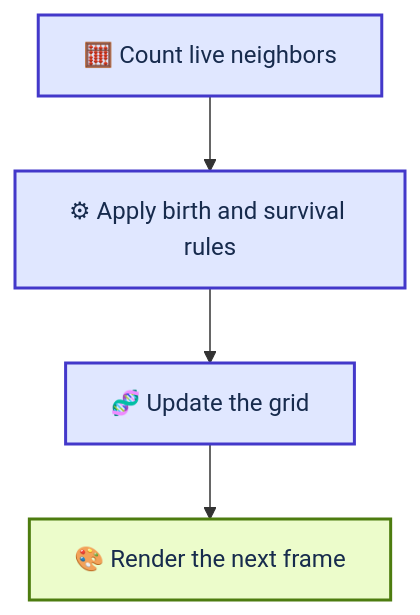
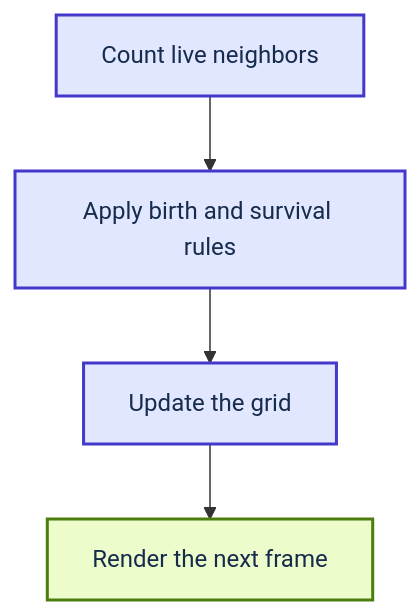
The diagram in site/content/docs/game-of-life.md (Acestus/portfolio), drawn with Mermaid before and after one commit. The commit also changed 46 other files, not shown here.

Commit message:
Remove emoji from diagrams and use Azure SVG icons

````diff
--- a/site/content/docs/game-of-life.md
+++ b/site/content/docs/game-of-life.md
@@ -92,12 +92,12 @@
 ```mermaid
 flowchart TD
   accTitle: One simulation tick in the Game of Life
-  n0["🧮 Count live neighbors"] --> n1
-  n1["⚙ Apply birth and survival rules"] --> n2
-  n2["🧬 Update the grid"] --> n3
-  n3["🎨 Render the next frame"]
+  n0[" Count live neighbors"] --> n1
+  n1[" Apply birth and survival rules"] --> n2
+  n2[" Update the grid"] --> n3
+  n3[" Render the next frame"]
   classDef process fill:#E0E7FF,stroke:#4338CA,color:#172B4D,stroke-width:2px
   classDef result fill:#ECFCCB,stroke:#4D7C0F,color:#172B4D,stroke-width:2px
   class n0,n1,n2 process
   class n3 result
 ```
````
